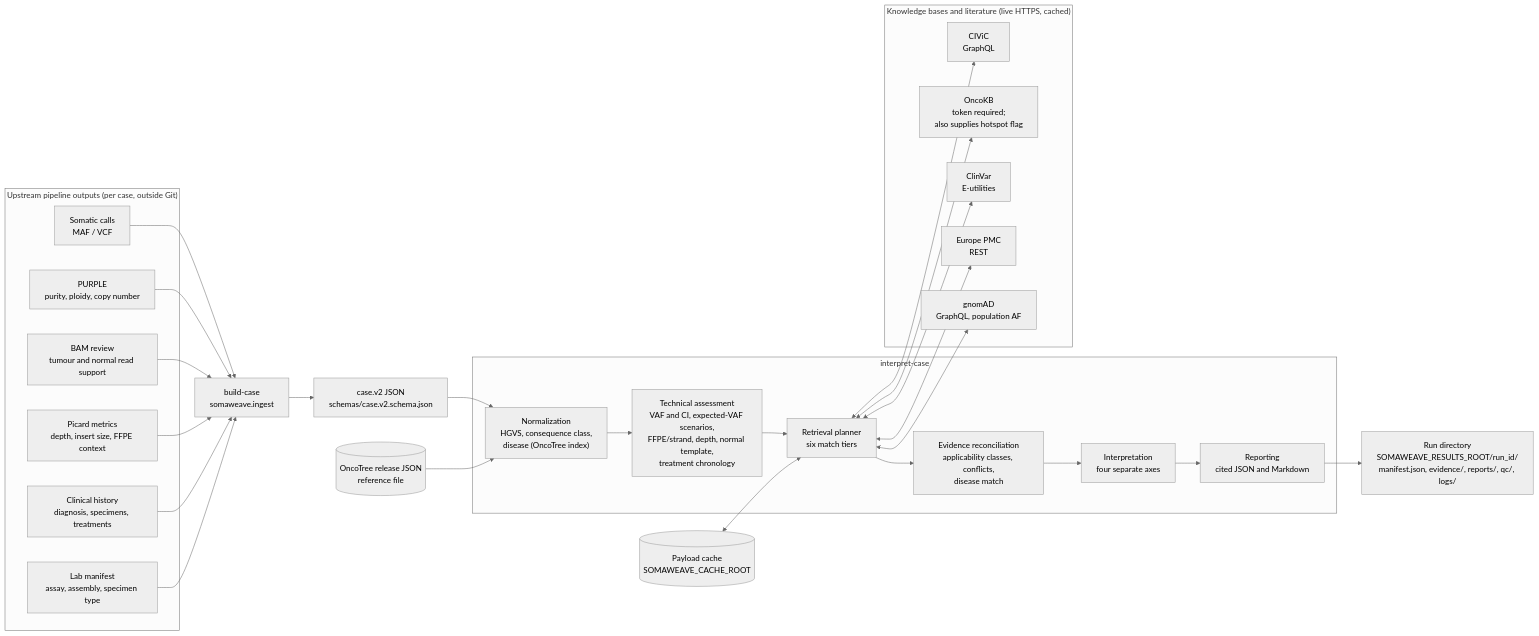
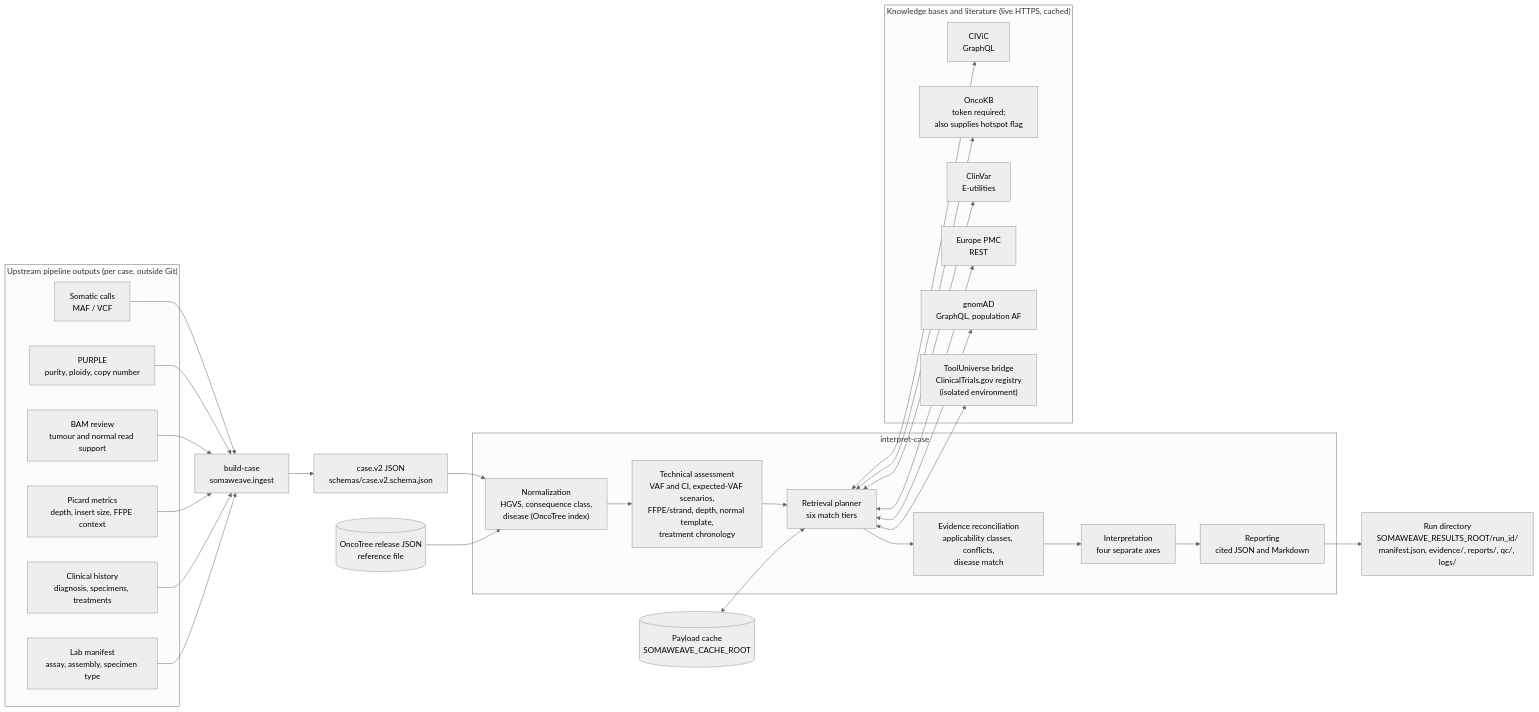
The first of 2 diagrams in README.md (hamidghaedi/SomaWeave), drawn with Mermaid (neutral theme) before and after one commit. The commit also changed other lines of this file and 14 other files, not shown here.

First line of the commit message:
Add ToolUniverse-backed clinical-trial registry adapter

````diff
--- a/README.md
+++ b/README.md
@@ -13,53 +13,55 @@
 ```mermaid
 flowchart LR
     subgraph upstream["Upstream pipeline outputs (per case, outside Git)"]
         maf["Somatic calls<br/>MAF / VCF"]
         purple["PURPLE<br/>purity, ploidy, copy number"]
         bam["BAM review<br/>tumour and normal read support"]
         picard["Picard metrics<br/>depth, insert size, FFPE context"]
         clin["Clinical history<br/>diagnosis, specimens, treatments"]
         lab["Lab manifest<br/>assay, assembly, specimen type"]
     end
 
     build["build-case<br/>somaweave.ingest"]
     case["case.v2 JSON<br/>schemas/case.v2.schema.json"]
 
     maf --> build
     purple --> build
     bam --> build
     picard --> build
     clin --> build
     lab --> build
     build --> case
 
     subgraph engine["interpret-case"]
         norm["Normalization<br/>HGVS, consequence class,<br/>disease (OncoTree index)"]
         tech["Technical assessment<br/>VAF and CI, expected-VAF scenarios,<br/>FFPE/strand, depth, normal template,<br/>treatment chronology"]
         plan["Retrieval planner<br/>six match tiers"]
         recon["Evidence reconciliation<br/>applicability classes, conflicts,<br/>disease match"]
         interp["Interpretation<br/>four separate axes"]
         report["Reporting<br/>cited JSON and Markdown"]
     end
 
     case --> norm --> tech --> plan
     plan --> recon --> interp --> report
 
     subgraph sources["Knowledge bases and literature (live HTTPS, cached)"]
         civic["CIViC<br/>GraphQL"]
         oncokb["OncoKB<br/>token required;<br/>also supplies hotspot flag"]
         clinvar["ClinVar<br/>E-utilities"]
         epmc["Europe PMC<br/>REST"]
         gnomad["gnomAD<br/>GraphQL, population AF"]
+        tu["ToolUniverse bridge<br/>ClinicalTrials.gov registry<br/>(isolated environment)"]
     end
 
     plan <--> civic
     plan <--> oncokb
     plan <--> clinvar
     plan <--> epmc
     plan <--> gnomad
+    plan <--> tu
 
     oncotree[("OncoTree release JSON<br/>reference file")] --> norm
     cache[("Payload cache<br/>SOMAWEAVE_CACHE_ROOT")] <--> plan
 
     report --> run["Run directory<br/>SOMAWEAVE_RESULTS_ROOT/run_id/<br/>manifest.json, evidence/, reports/, qc/, logs/"]
 ```
````
